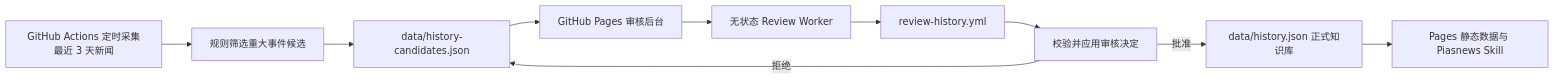
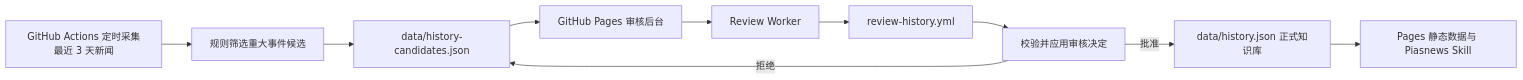
Before and after one commit to ZnonYmitY/piasnews: the diagram in docs/requirements.zh-CN.md, drawn with Mermaid. The commit also changed other lines of this file and 14 other files, not shown here.

````diff
--- a/docs/requirements.zh-CN.md
+++ b/docs/requirements.zh-CN.md
@@ -122,12 +122,12 @@
 ```mermaid
 flowchart LR
   A["GitHub Actions 定时采集最近 3 天新闻"] --> B["规则筛选重大事件候选"]
   B --> C["data/history-candidates.json"]
   C --> D["GitHub Pages 审核后台"]
-  D --> E["无状态 Review Worker"]
+  D --> E["Review Worker"]
   E --> F["review-history.yml"]
   F --> G["校验并应用审核决定"]
   G -->|批准| H["data/history.json 正式知识库"]
   G -->|拒绝| C
   H --> I["Pages 静态数据与 Piasnews Skill"]
 ```
````
